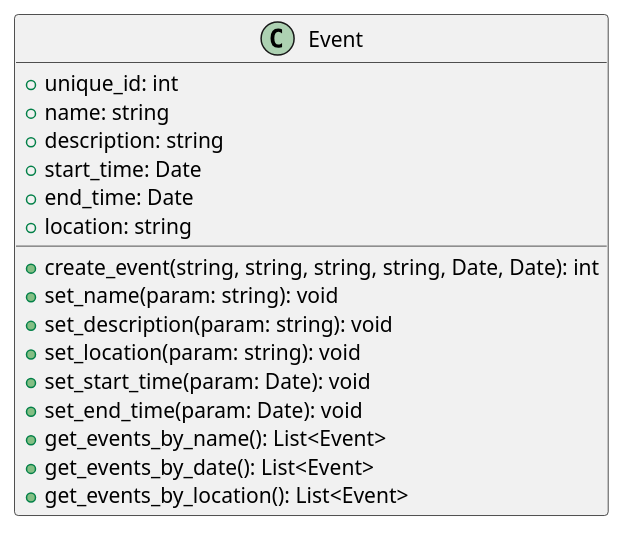
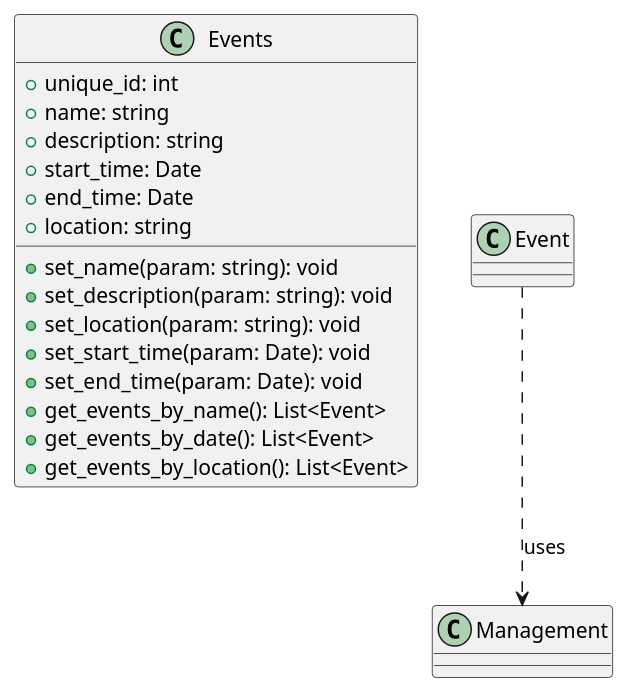
One commit to CS361-2024Fall-Term/Innovators changed the diagram in assignment6/event.puml. Above: the diagram before and after it, drawn with PlantUML. The commit also changed other lines of this file and 1 other file, not shown here.

Commit message:
change in Events and Tasks

```diff
--- a/assignment6/event.puml
+++ b/assignment6/event.puml
@@ -1,21 +2,22 @@
 @startuml
 
-class Event {
+class Events {
   +unique_id: int  
   +name: string
   +description: string
   +start_time: Date
   +end_time: Date
   +location: string
-  +create_event(string, string, string, string, Date, Date): int
   +set_name(param: string): void
   +set_description(param: string): void
   +set_location(param: string): void
   +set_start_time(param: Date): void
   +set_end_time(param: Date): void
   +get_events_by_name(): List<Event>
   +get_events_by_date(): List<Event>
   +get_events_by_location(): List<Event>
 }
 
+Event ..> Management: uses
+
 @enduml
```
